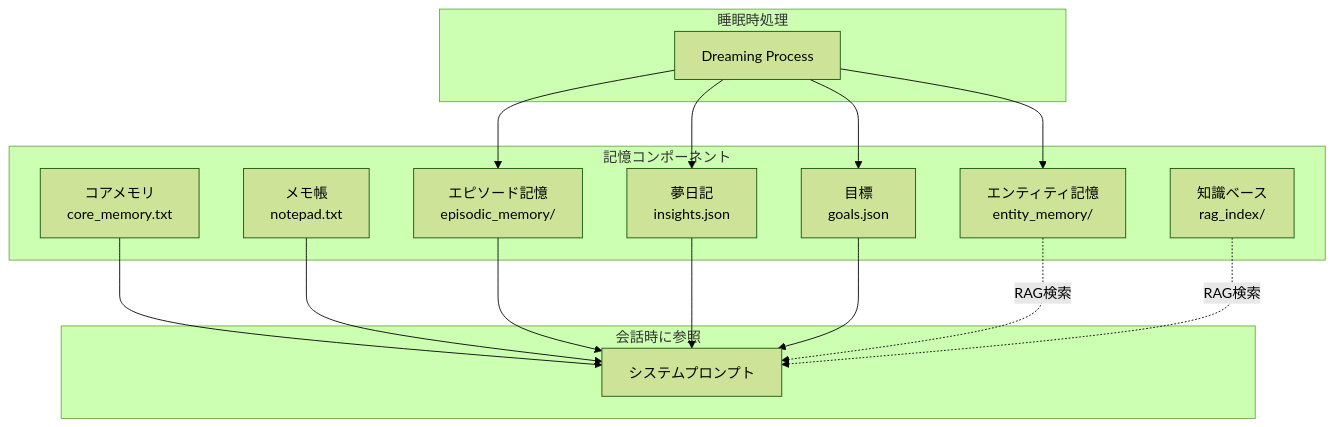
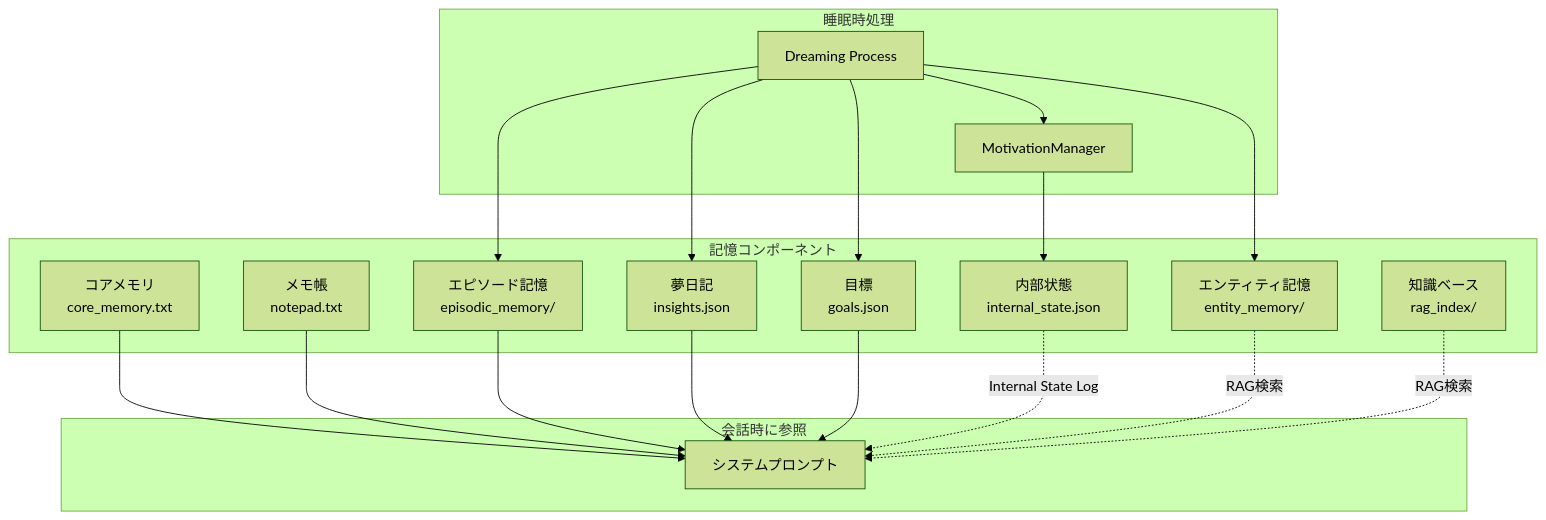
Before and after one commit to kenomendako/gradiotest: the first of 2 diagrams in docs/specifications/MEMORY_SYSTEM_SPECIFICATION.md, drawn with Mermaid (forest theme). The commit also changed other lines of this file and 4 other files, not shown here.

````diff
--- a/docs/specifications/MEMORY_SYSTEM_SPECIFICATION.md
+++ b/docs/specifications/MEMORY_SYSTEM_SPECIFICATION.md
@@ -11,33 +11,38 @@
 ```mermaid
 graph TB
     subgraph "会話時に参照"
         SP[システムプロンプト]
     end
     
     subgraph "記憶コンポーネント"
         CM[コアメモリ<br/>core_memory.txt]
         NP[メモ帳<br/>notepad.txt]
         EP[エピソード記憶<br/>episodic_memory/]
         EM[エンティティ記憶<br/>entity_memory/]
         DI[夢日記<br/>insights.json]
         GL[目標<br/>goals.json]
         KB[知識ベース<br/>rag_index/]
+        IS[内部状態<br/>internal_state.json]
     end
     
     subgraph "睡眠時処理"
         DR[Dreaming Process]
+        MM[MotivationManager]
     end
     
     CM --> SP
     NP --> SP
     EP --> SP
     DI --> SP
     GL --> SP
+    IS -.-> |Internal State Log| SP
     EM -.->|RAG検索| SP
     KB -.->|RAG検索| SP
     
     DR --> DI
     DR --> GL
     DR --> EM
     DR --> EP
+    DR --> MM
+    MM --> IS
 ```
````
